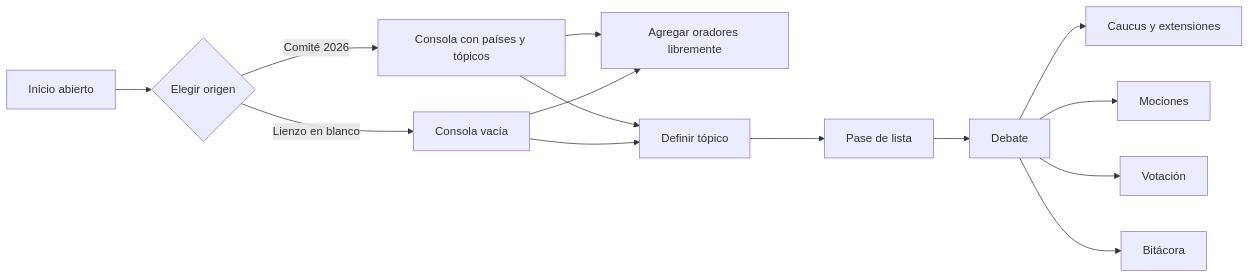
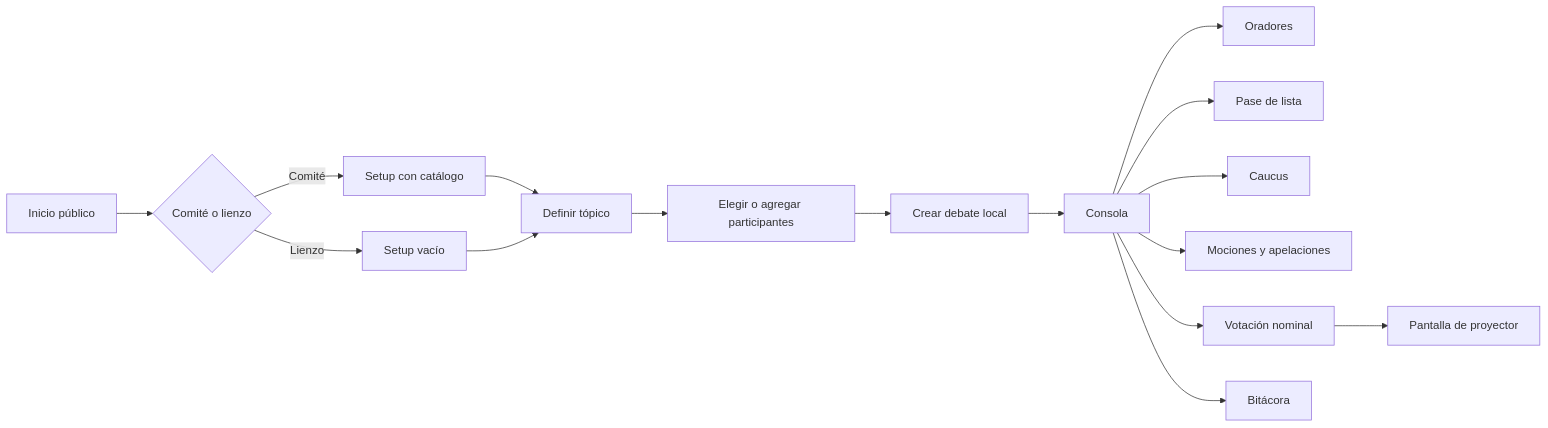
The first of 2 diagrams in docs/plan-implementacion.md (ozycepeda/moderador-itammun), drawn with Mermaid before and after one commit. The commit also changed other lines of this file and 3 other files, not shown here.

Commit message:
docs: finalize local architecture and protocol plan

````diff
--- a/docs/plan-implementacion.md
+++ b/docs/plan-implementacion.md
@@ -82,16 +27,18 @@
 ```mermaid
 flowchart LR
-  A[Inicio abierto] --> B{Elegir origen}
-  B -->|Comité 2026| C[Consola con países y tópicos]
-  B -->|Lienzo en blanco| D[Consola vacía]
-  C --> E[Agregar oradores libremente]
+  A["Inicio público"] --> B{"Comité o lienzo"}
+  B -->|"Comité"| C["Setup con catálogo"]
+  B -->|"Lienzo"| D["Setup vacío"]
+  C --> E["Definir tópico"]
   D --> E
-  C --> F[Definir tópico]
-  D --> F
-  F --> G[Pase de lista]
-  G --> H[Debate]
-  H --> I[Caucus y extensiones]
-  H --> J[Mociones]
-  H --> K[Votación]
-  H --> L[Bitácora]
+  E --> F["Elegir o agregar participantes"]
+  F --> G["Crear debate local"]
+  G --> H["Consola"]
+  H --> I["Oradores"]
+  H --> J["Pase de lista"]
+  H --> K["Caucus"]
+  H --> L["Mociones y apelaciones"]
+  H --> M["Votación nominal"]
+  M --> N["Pantalla de proyector"]
+  H --> O["Bitácora"]
 ```
````
